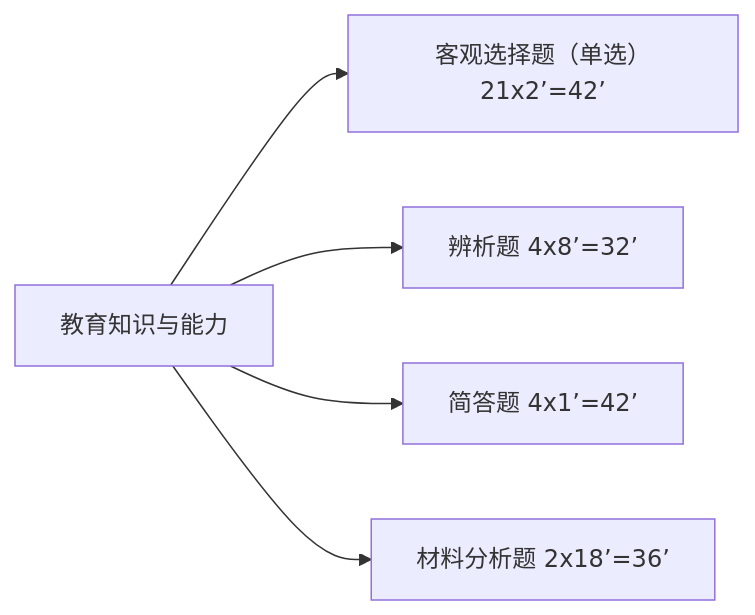
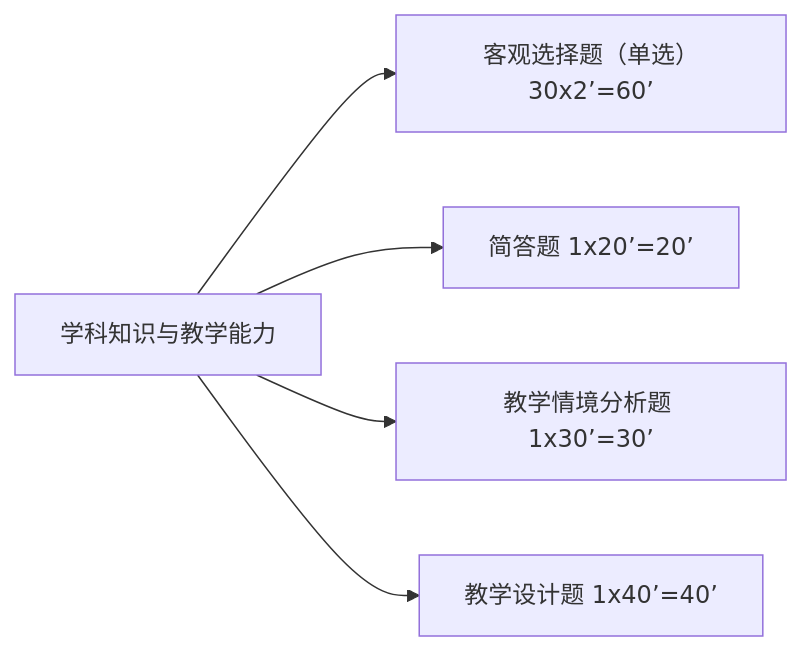
One commit to LetMeFly666/LeetCode changed the fifth of 5 diagrams in Solutions/Other-JiaoZi-LearningNotes.md. Above: the diagram before and after it, drawn with Mermaid. The commit also changed other lines of this file, not shown here.

````diff
--- a/Solutions/Other-JiaoZi-LearningNotes.md
+++ b/Solutions/Other-JiaoZi-LearningNotes.md
@@ -52,12 +107,10 @@
 ```mermaid
 graph LR
 
-classDef green fill:#008b4c
-classDef orange fill:#ffba00
 classDef white fill:white
 
-KeMu2["教育知识与能力"] --> KeGuanXuanZeTi["客观选择题（单选）21x2’=42’"]
-KeMu2 --> BianXiTi["辨析题 4x8’=32’"]
-KeMu2 --> JianDaTi["简答题 4x1’=42’"]
-KeMu2 --> CaiLiaoFenXiTi["材料分析题 2x18’=36’"]
+a["学科知识与教学能力"] --> b["客观选择题（单选）30x2’=60’"]
+a --> c["简答题 1x20’=20’"]
+a --> d["教学情境分析题 1x30’=30’"]
+a --> e["教学设计题 1x40’=40’"]
 ```
````
